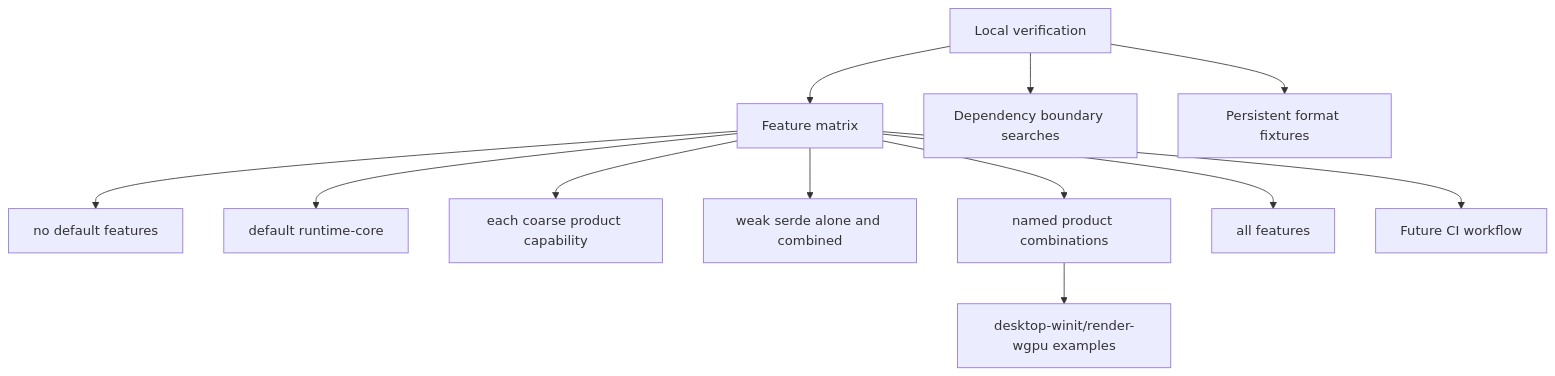
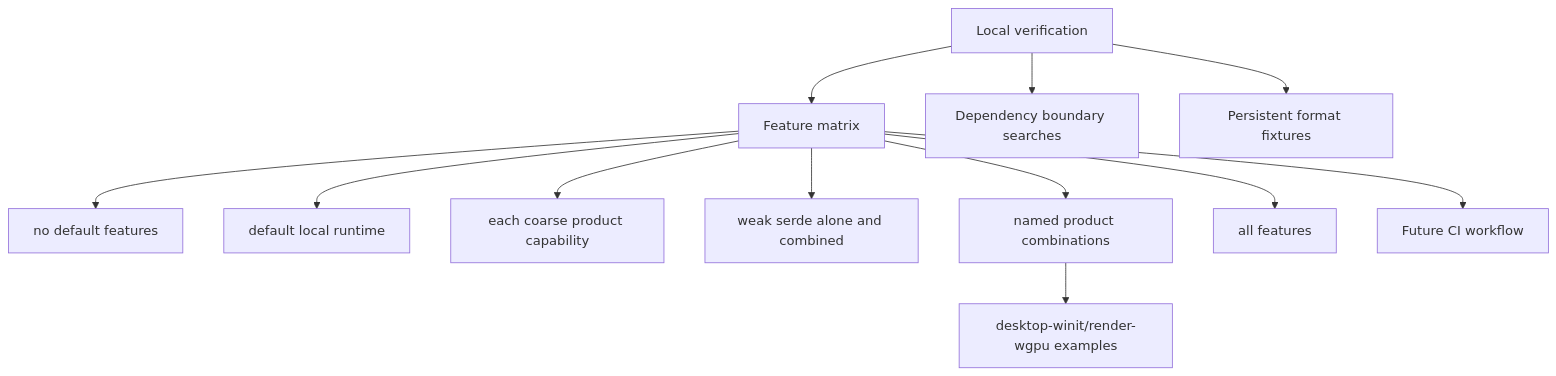
The diagram in docs/architecture/adr/0055-feature-matrix-boundary-checks-and-compatibility-fixtures.md (Latias94/nara), drawn with Mermaid before and after one commit. The commit also changed other lines of this file and 99 other files, not shown here.

First line of the commit message:
refactor(runtime)!: separate input and window from core

````diff
--- a/docs/architecture/adr/0055-feature-matrix-boundary-checks-and-compatibility-fixtures.md
+++ b/docs/architecture/adr/0055-feature-matrix-boundary-checks-and-compatibility-fixtures.md
@@ -18,14 +18,14 @@
 ```mermaid
 flowchart TD
     Local[Local verification] --> Matrix[Feature matrix]
     Matrix --> Empty[no default features]
-    Matrix --> Default[default runtime-core]
+    Matrix --> Default[default local runtime]
     Matrix --> Singles[each coarse product capability]
     Matrix --> Serde[weak serde alone and combined]
     Matrix --> Products[named product combinations]
     Matrix --> All[all features]
     Products --> Backend[desktop-winit/render-wgpu examples]
     Local --> Boundary[Dependency boundary searches]
     Local --> Fixtures[Persistent format fixtures]
     Matrix --> FutureCI[Future CI workflow]
 ```
````
